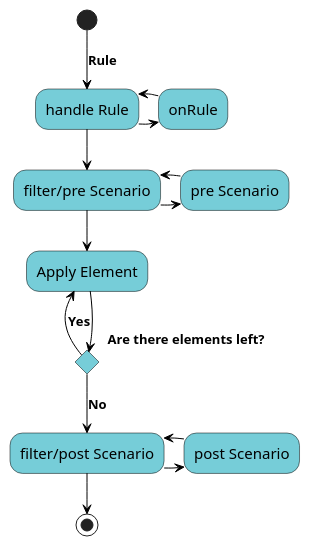
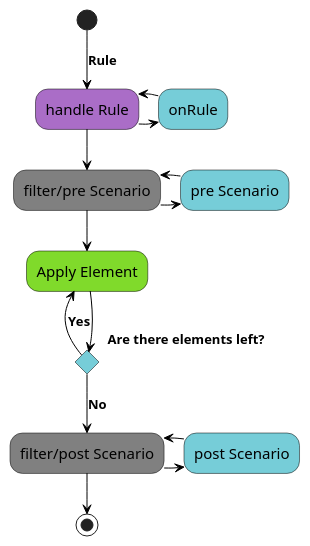
Before and after one commit to gherking/gherking-docs: the diagram in src/data/applyRule.puml, drawn with PlantUML. The commit also changed 10 other files, not shown here.

Commit message:
plantuml visualization of the precompiler

```diff
--- a/src/data/applyRule.puml
+++ b/src/data/applyRule.puml
@@ -1,26 +1,29 @@
 @startuml
 skinparam activity {
 BackgroundColor #76CDD8
+BackgroundColor<<apply>> #80DA2B
+BackgroundColor<<filter>> #808080
+BackgroundColor<<handle>> #AA6DC7
 ArrowColor black
 ArrowFontSize 13
 ArrowFontStyle bold
 ArrowFontName Segoe UI
 BorderColor black
 FontName Segoe UI
 FontSize 15
 }
 (*) -->[Rule] "handle Rule"
 -right-> "onRule"
--left-> "handle Rule"
+-left-> "handle Rule"<<handle>>
 --> "filter/pre Scenario"
 -right-> "pre Scenario"
--left-> "filter/pre Scenario"
---> "Apply Element"
+-left-> "filter/pre Scenario"<<filter>>
+--> "Apply Element"<<apply>>
 If "Are there elements left?"
 -left-> [Yes]"Apply Element"
 else
 -->[No] "filter/post Scenario"
 -right-> "post Scenario"
--left-> "filter/post Scenario"
+-left-> "filter/post Scenario"<<filter>>
 --> (*)
 @enduml
```
